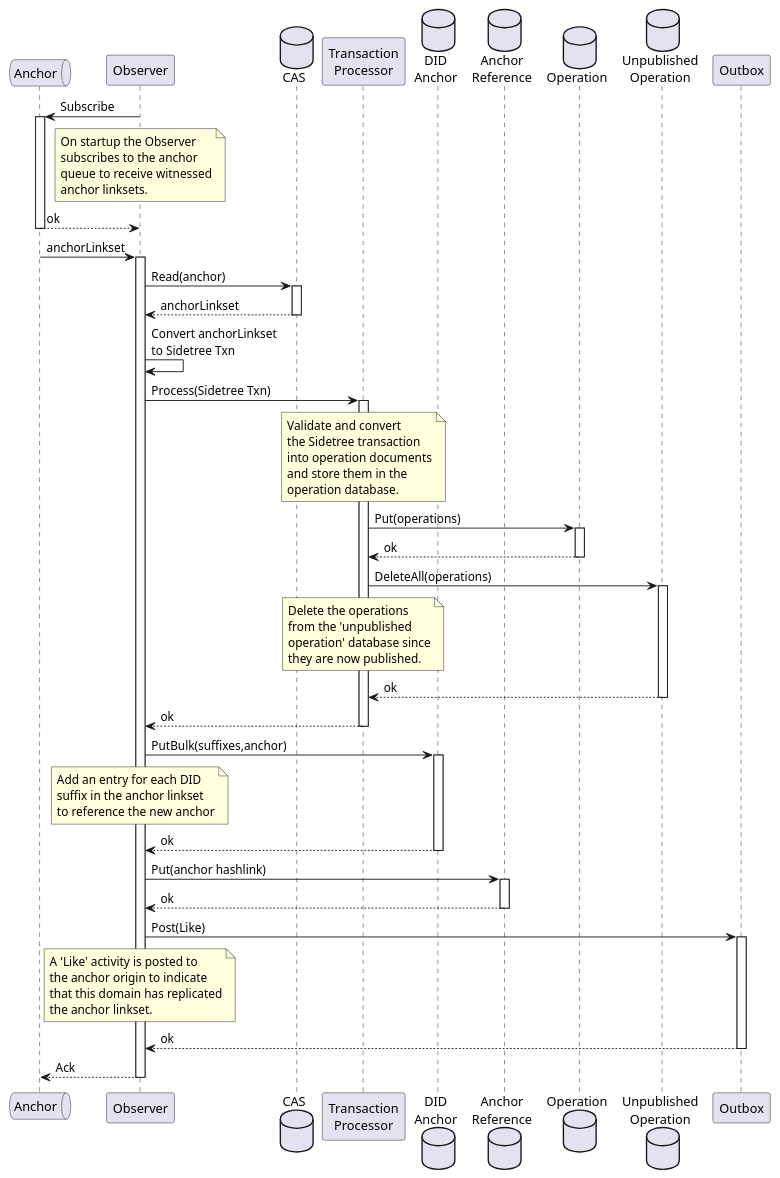
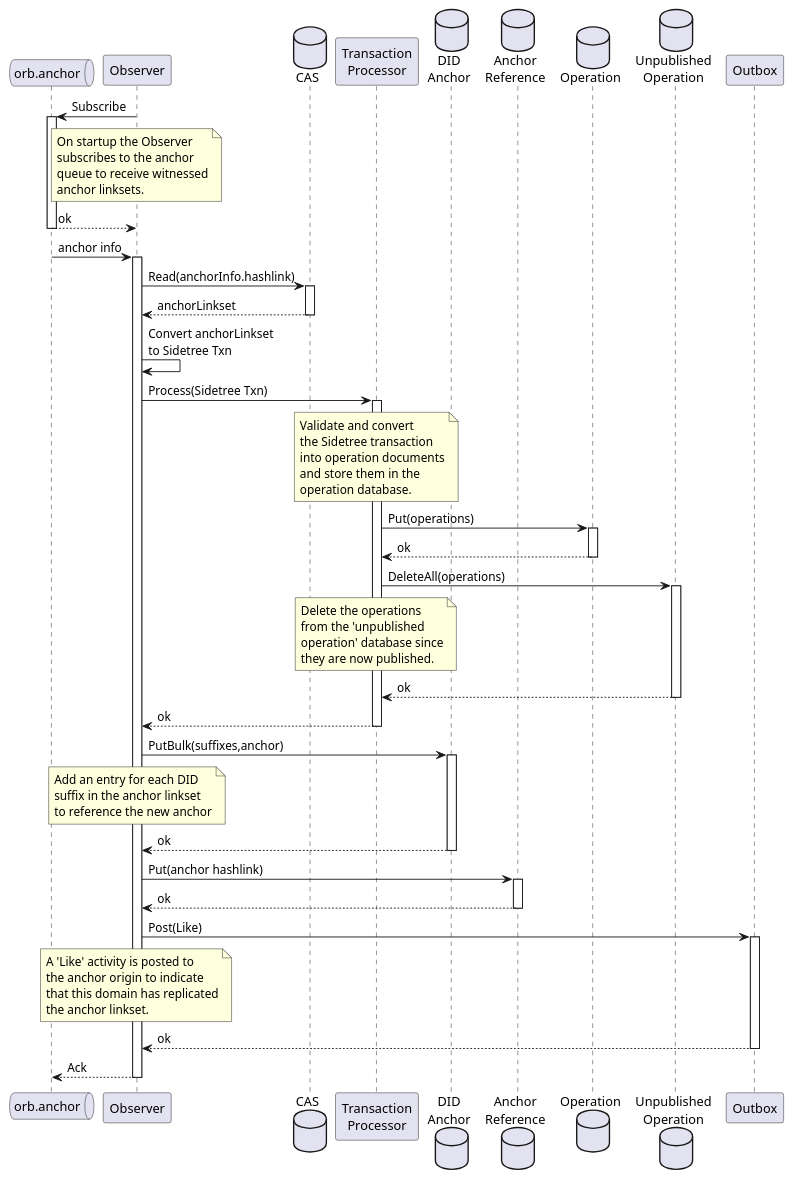
One commit to trustbloc/docs changed the diagram in readthedocs/source/orb/diagrams/observer.puml. Above: the diagram before and after it, drawn with PlantUML. The commit also changed 24 other files, not shown here.

```diff
--- a/readthedocs/source/orb/diagrams/observer.puml
+++ b/readthedocs/source/orb/diagrams/observer.puml
@@ -1,96 +1,96 @@
 @startuml
 'https://plantuml.com/sequence-diagram
 
-queue "Anchor" as anchorQueue
+queue "orb.anchor" as anchorQueue
 
 participant "Observer" as observer
 
 database "CAS" as cas
 participant "Transaction\nProcessor" as txnProcessor
 database "DID\nAnchor" as didAnchorDB
 database "Anchor\nReference" as anchorRefDB
 database "Operation" as operationDB
 database "Unpublished\nOperation" as unpublishedOperationDB
 
 participant "Outbox" as outbox
 
 observer -> anchorQueue: Subscribe
 note over observer
   On startup the Observer
   subscribes to the anchor
   queue to receive witnessed
   anchor linksets.
 end note
 activate anchorQueue
   anchorQueue --> observer: ok
 deactivate anchorQueue
 
-anchorQueue -> observer: anchorLinkset
+anchorQueue -> observer: anchor info
 
 activate observer
-  observer -> cas: Read(anchor)
+  observer -> cas: Read(anchorInfo.hashlink)
   activate cas
     cas --> observer: anchorLinkset
   deactivate cas
 
   observer -> observer: Convert anchorLinkset\nto Sidetree Txn
 
   observer -> txnProcessor: Process(Sidetree Txn)
   activate txnProcessor
     note over txnProcessor
       Validate and convert
       the Sidetree transaction
       into operation documents
       and store them in the
       operation database.
     end note
 
     txnProcessor -> operationDB: Put(operations)
     activate operationDB
       operationDB --> txnProcessor: ok
     deactivate operationDB
 
     txnProcessor -> unpublishedOperationDB: DeleteAll(operations)
     note over txnProcessor
       Delete the operations
       from the 'unpublished
       operation' database since
       they are now published.
     end note
     activate unpublishedOperationDB
       unpublishedOperationDB --> txnProcessor: ok
     deactivate unpublishedOperationDB
 
     txnProcessor --> observer: ok
   deactivate txnProcessor
 
   observer -> didAnchorDB: PutBulk(suffixes,anchor)
   activate didAnchorDB
     note over observer
       Add an entry for each DID
       suffix in the anchor linkset
       to reference the new anchor
     end note
     didAnchorDB --> observer: ok
   deactivate didAnchorDB
 
   observer -> anchorRefDB: Put(anchor hashlink)
   activate anchorRefDB
     anchorRefDB --> observer: ok
   deactivate anchorRefDB
 
   observer -> outbox: Post(Like)
   activate outbox
     note over observer
       A 'Like' activity is posted to
       the anchor origin to indicate
       that this domain has replicated
       the anchor linkset.
     end note
     outbox --> observer: ok
   deactivate outbox
 
   observer --> anchorQueue: Ack
 deactivate observer
 
 @enduml
```
